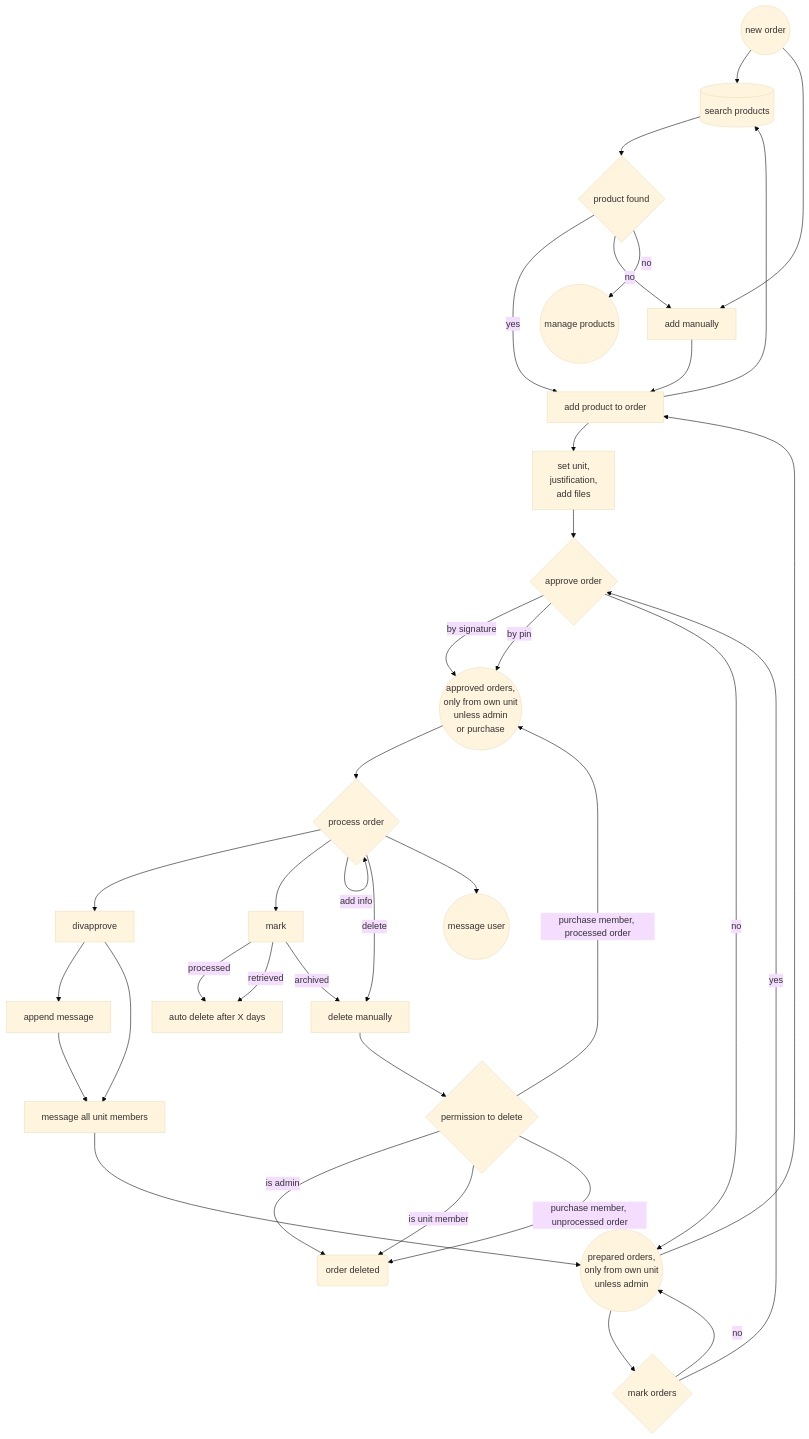
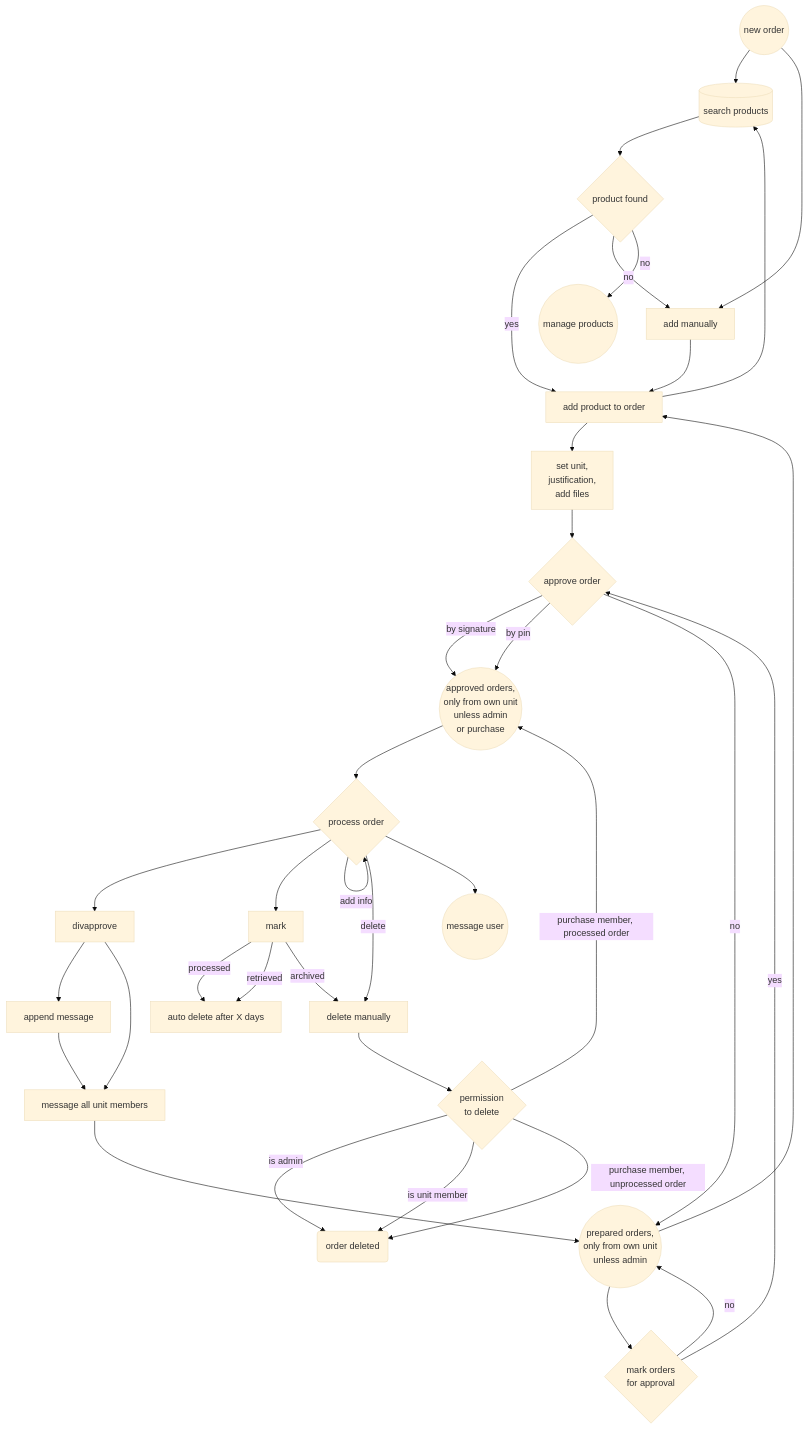
One commit to erroronline1/caro changed the second of 3 diagrams in flowcharts.md. Above: the diagram before and after it, drawn with Mermaid (base theme).

Commit message:
flowcharts

````diff
--- a/flowcharts.md
+++ b/flowcharts.md
@@ -37,48 +37,50 @@
 ```mermaid
 graph TD;
     new_order((new order))-->search_products[(search products)];
     search_products-->product_found{product found};
     product_found-->|yes|add_product[add product to order];
     new_order-->add_manually[add manually];
     product_found-->|no|add_manually;
     product_found-->|no|manage_products((manage products));
     add_manually-->add_product;
     add_product-->search_products;
     add_product-->add_info["set unit,
     justification,
     add files"];
     add_info-->approve_order{approve order};
     approve_order-->|by signature|approved_orders(("approved orders,
     only from own unit
     unless admin
     or purchase"));
     approve_order-->|by pin|approved_orders;
     approve_order-->|no|prepared_orders(("prepared orders,
     only from own unit
     unless admin"));
 
     approved_orders-->process_order{process order};
     process_order-->disapprove[divapprove];
     disapprove-->append_message[append message];
     append_message-->message_unit[message all unit members];
     disapprove-->message_unit;
     message_unit-->prepared_orders
     process_order-->mark[mark];
     mark-->|processed|auto_delete[auto delete after X days];
     mark-->|retrieved|auto_delete;
     mark-->|archived|delete[delete manually];
     process_order-->|delete|delete;
-    delete-->delete_permission{permission to delete};
+    delete-->delete_permission{"permission
+    to delete"};
     delete_permission-->|is admin|order_deleted(order deleted);
     delete_permission-->|is unit member|order_deleted;
     delete_permission-->|purchase member, unprocessed order|order_deleted;
     delete_permission-->|purchase member, processed order|approved_orders;
     
     process_order-->|add info|process_order;
     process_order-->message((message user))
 
-    prepared_orders-->mark_bulk{mark orders};
+    prepared_orders-->mark_bulk{"mark orders
+    for approval"};
     mark_bulk-->|yes|approve_order;
     mark_bulk-->|no|prepared_orders;
     prepared_orders-->add_product;
 ```
````
